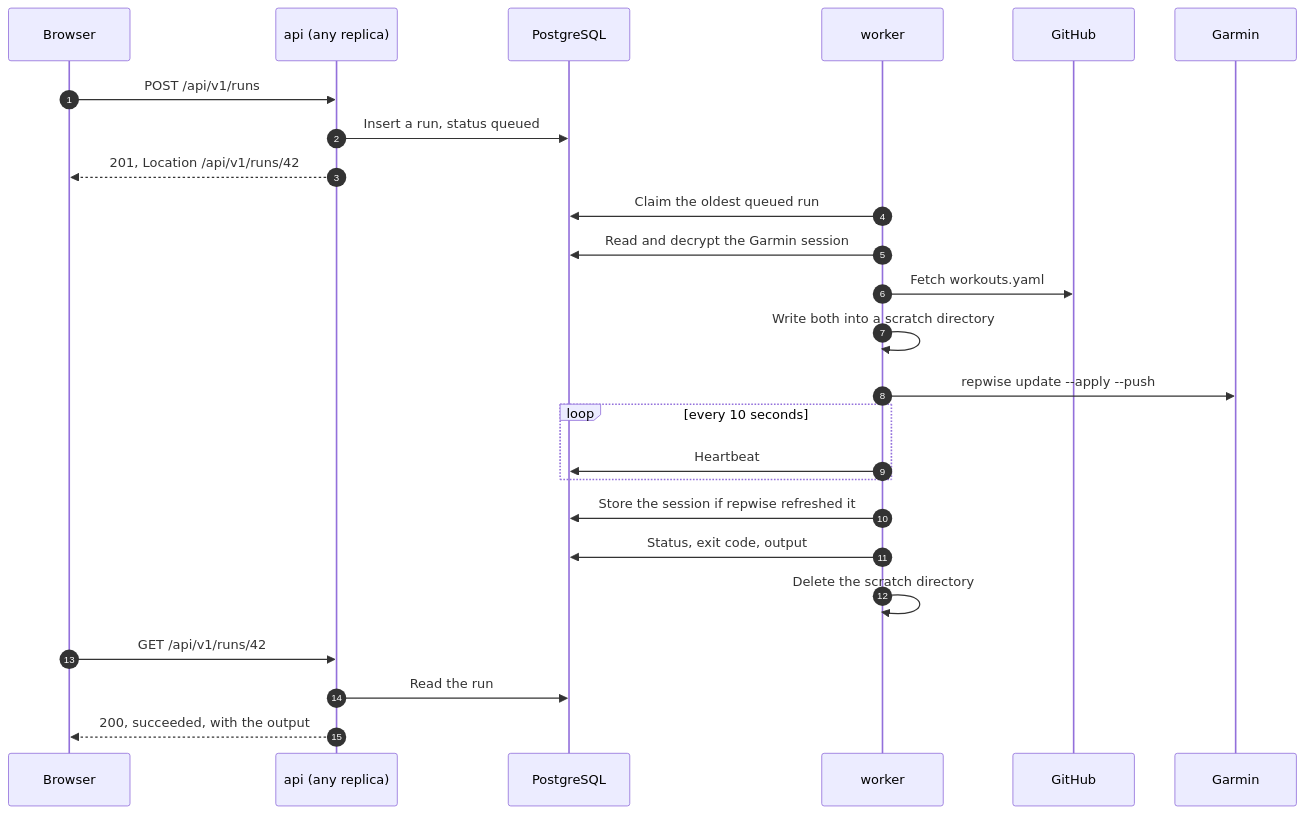
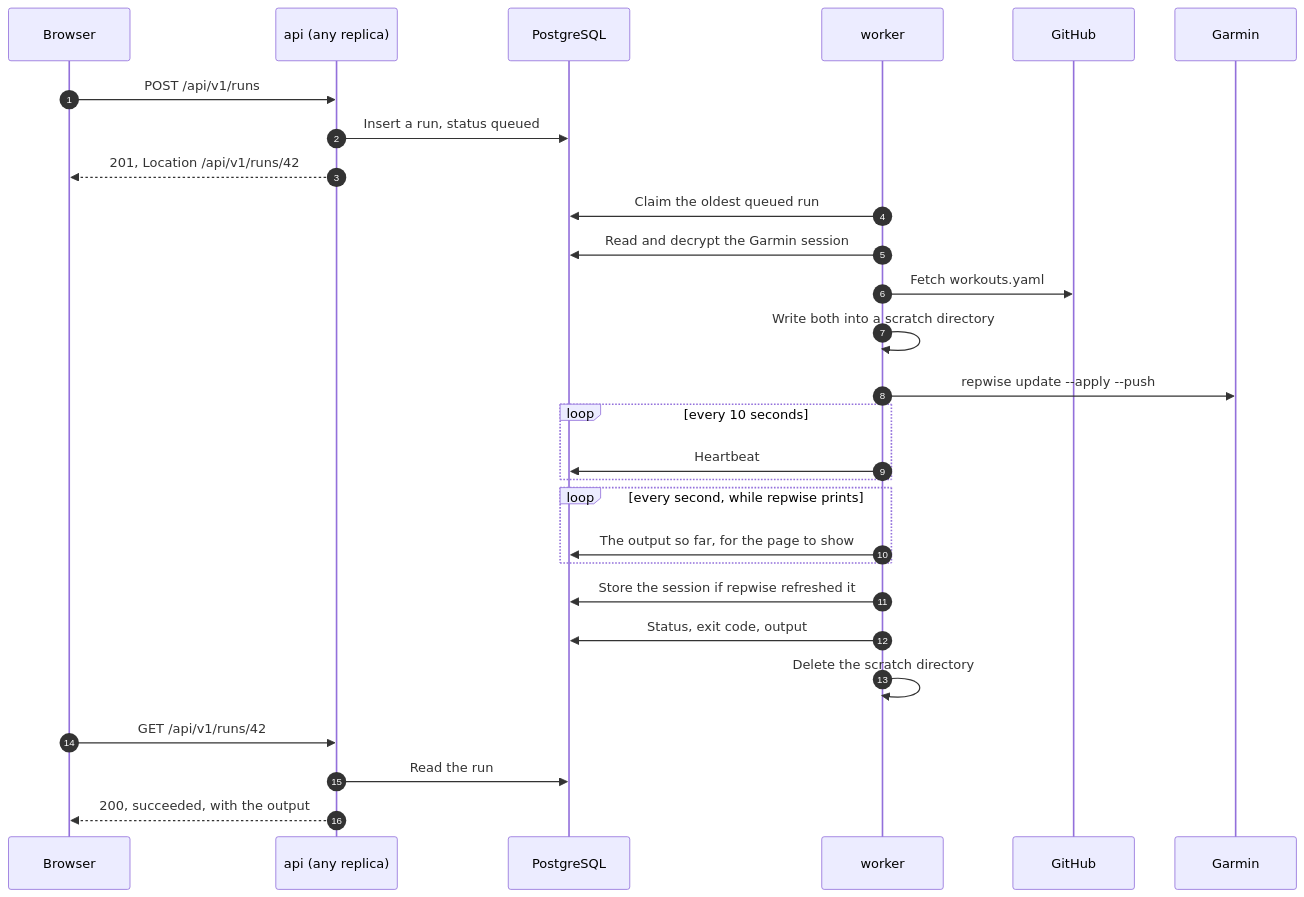
One commit to theadzik/repwise changed the third of 6 diagrams in PLAN.md. Above: the diagram before and after it, drawn with Mermaid. The commit also changed 2 other files, not shown here.

Commit message:
chore(web): show what a run prints while it goes
The worker kept repwise's output until it exited, so the page showed a run as running over an empty box for all of it. It now reads the output as it comes and writes it to the run once a second, which the page already polls for. repwise is run with PYTHONUNBUFFERED, since into a pipe Python would otherwise hold its output back until the end.

````diff
--- a/PLAN.md
+++ b/PLAN.md
@@ -251,28 +251,31 @@
 ```mermaid
 sequenceDiagram
     autonumber
     participant B as Browser
     participant A as api (any replica)
     participant D as PostgreSQL
     participant W as worker
     participant H as GitHub
     participant G as Garmin
 
     B->>A: POST /api/v1/runs
     A->>D: Insert a run, status queued
     A-->>B: 201, Location /api/v1/runs/42
     W->>D: Claim the oldest queued run
     W->>D: Read and decrypt the Garmin session
     W->>H: Fetch workouts.yaml
     W->>W: Write both into a scratch directory
     W->>G: repwise update --apply --push
     loop every 10 seconds
         W->>D: Heartbeat
     end
+    loop every second, while repwise prints
+        W->>D: The output so far, for the page to show
+    end
     W->>D: Store the session if repwise refreshed it
     W->>D: Status, exit code, output
     W->>W: Delete the scratch directory
     B->>A: GET /api/v1/runs/42
     A->>D: Read the run
     A-->>B: 200, succeeded, with the output
 ```
````
